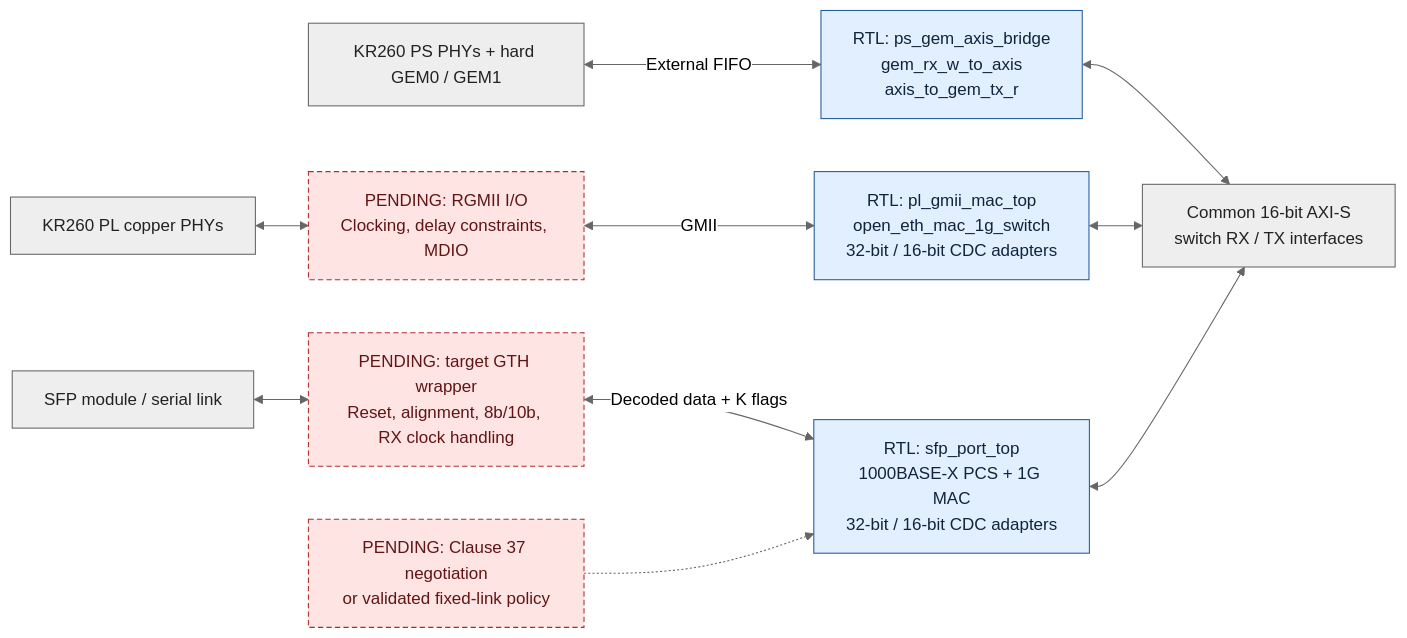
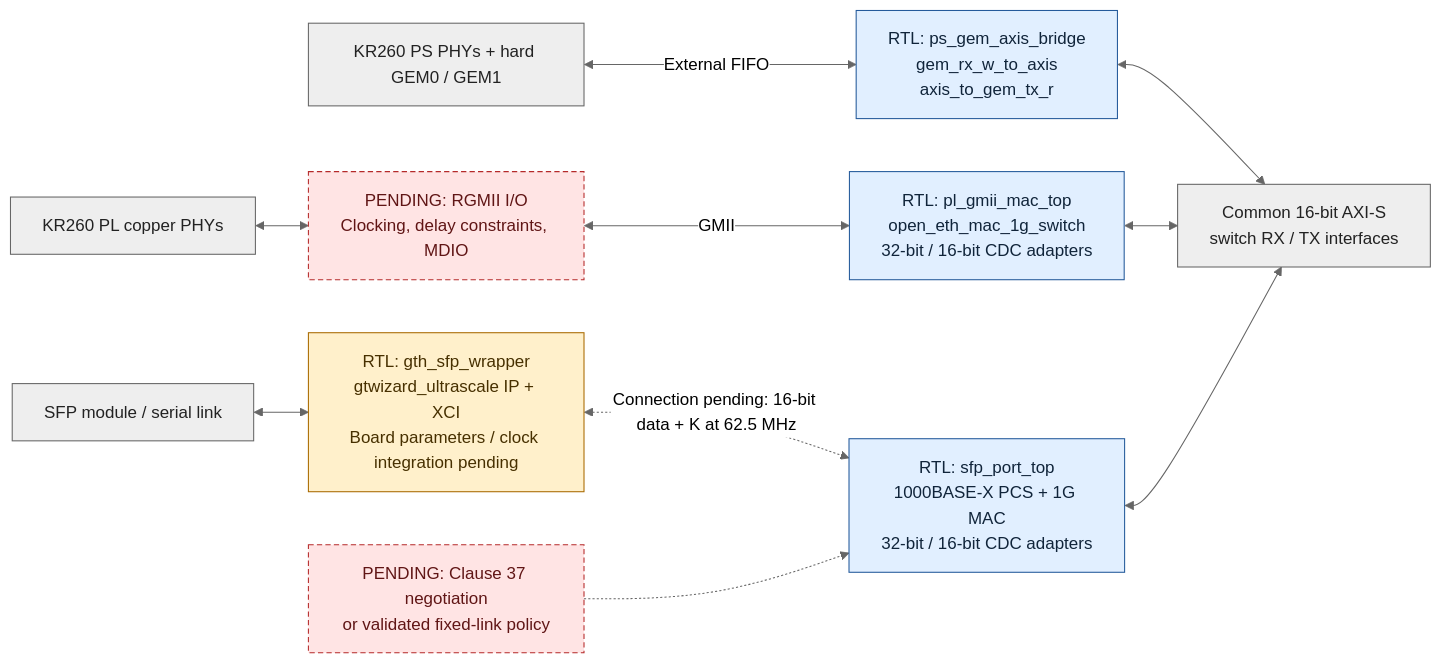
One commit to GhlHub/open_ethernet_switch changed the second of 2 diagrams in docs/architecture.md. Above: the diagram before and after it, drawn with Mermaid (neutral theme). The commit also changed other lines of this file and 18 other files, not shown here.

````diff
--- a/docs/architecture.md
+++ b/docs/architecture.md
@@ -89,21 +95,23 @@
 ```mermaid
 flowchart LR
     PSHW["KR260 PS PHYs + hard GEM0 / GEM1"] <-->|External FIFO| GEM["RTL: ps_gem_axis_bridge<br/>gem_rx_w_to_axis<br/>axis_to_gem_tx_r"]
     GEM <--> AXIS["Common 16-bit AXI-S<br/>switch RX / TX interfaces"]
 
     PLPHY["KR260 PL copper PHYs"] <--> RGMII["PENDING: RGMII I/O<br/>Clocking, delay constraints, MDIO"]
     RGMII <-->|GMII| PLMAC["RTL: pl_gmii_mac_top<br/>open_eth_mac_1g_switch<br/>32-bit / 16-bit CDC adapters"]
     PLMAC <--> AXIS
 
-    OPT["SFP module / serial link"] <--> GT["PENDING: target GTH wrapper<br/>Reset, alignment, 8b/10b, RX clock handling"]
-    GT <-->|Decoded data + K flags| PCS["RTL: sfp_port_top<br/>1000BASE-X PCS + 1G MAC<br/>32-bit / 16-bit CDC adapters"]
+    OPT["SFP module / serial link"] <--> GT["RTL: gth_sfp_wrapper<br/>gtwizard_ultrascale IP + XCI<br/>Board parameters / clock integration pending"]
+    GT <-.->|Connection pending: 16-bit data + K at 62.5 MHz| PCS["RTL: sfp_port_top<br/>1000BASE-X PCS + 1G MAC<br/>32-bit / 16-bit CDC adapters"]
     PCS <--> AXIS
     AN["PENDING: Clause 37 negotiation<br/>or validated fixed-link policy"] -.-> PCS
 
     classDef present fill:#e1efff,stroke:#245a9b,color:#10243a
     classDef pending fill:#ffe4e4,stroke:#b52a2a,color:#601515,stroke-dasharray:5 3
     classDef hardware fill:#eeeeee,stroke:#666666,color:#222222
+    classDef partial fill:#fff0cb,stroke:#a96a00,color:#473000
     class GEM,PLMAC,PCS present
-    class RGMII,GT,AN pending
+    class GT partial
+    class RGMII,AN pending
     class PSHW,PLPHY,OPT,AXIS hardware
 ```
````
